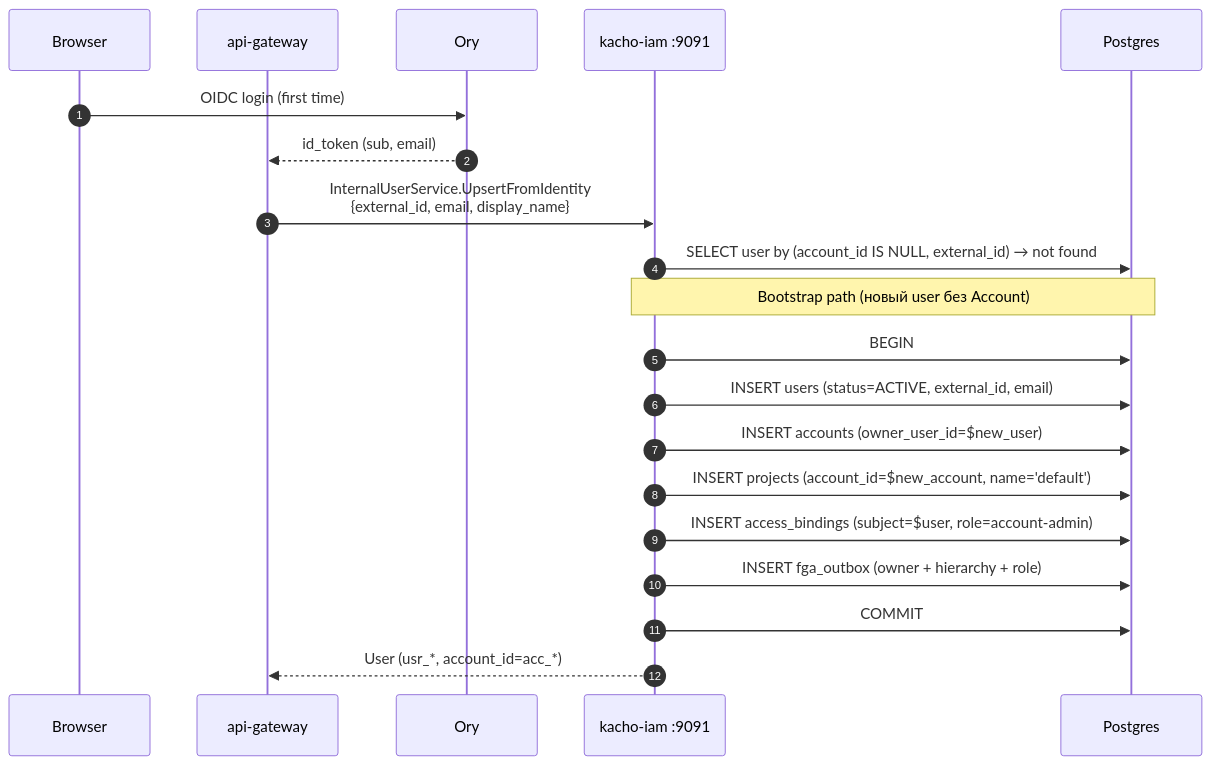
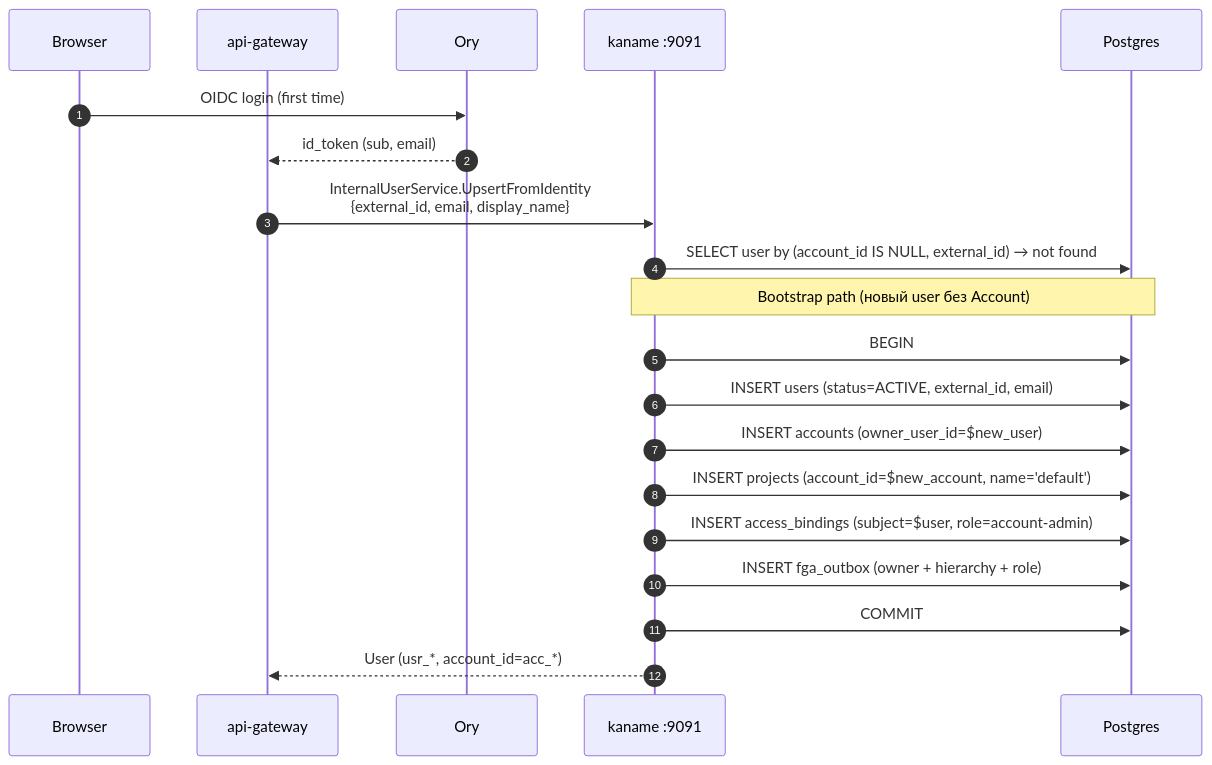
Before and after one commit to PRO-Robotech/kacho: the second of 2 diagrams in services/iam/docs/engineering/components/03-user.md, drawn with Mermaid. The commit also changed other lines of this file and 5005 other files, not shown here.

````diff
--- a/services/iam/docs/engineering/components/03-user.md
+++ b/services/iam/docs/engineering/components/03-user.md
@@ -103,23 +103,23 @@
 ```mermaid
 sequenceDiagram
     autonumber
     participant User as Browser
     participant GW as api-gateway
     participant Ory
-    participant IAM as kacho-iam :9091
+    participant IAM as kaname :9091
     participant DB as Postgres
 
     User->>Ory: OIDC login (first time)
     Ory-->>GW: id_token (sub, email)
     GW->>IAM: InternalUserService.UpsertFromIdentity<br/>{external_id, email, display_name}
     IAM->>DB: SELECT user by (account_id IS NULL, external_id) → not found
     Note over IAM,DB: Bootstrap path (новый user без Account)
     IAM->>DB: BEGIN
     IAM->>DB: INSERT users (status=ACTIVE, external_id, email)
     IAM->>DB: INSERT accounts (owner_user_id=$new_user)
     IAM->>DB: INSERT projects (account_id=$new_account, name='default')
     IAM->>DB: INSERT access_bindings (subject=$user, role=account-admin)
     IAM->>DB: INSERT fga_outbox (owner + hierarchy + role)
     IAM->>DB: COMMIT
     IAM-->>GW: User (usr_*, account_id=acc_*)
 ```
````
